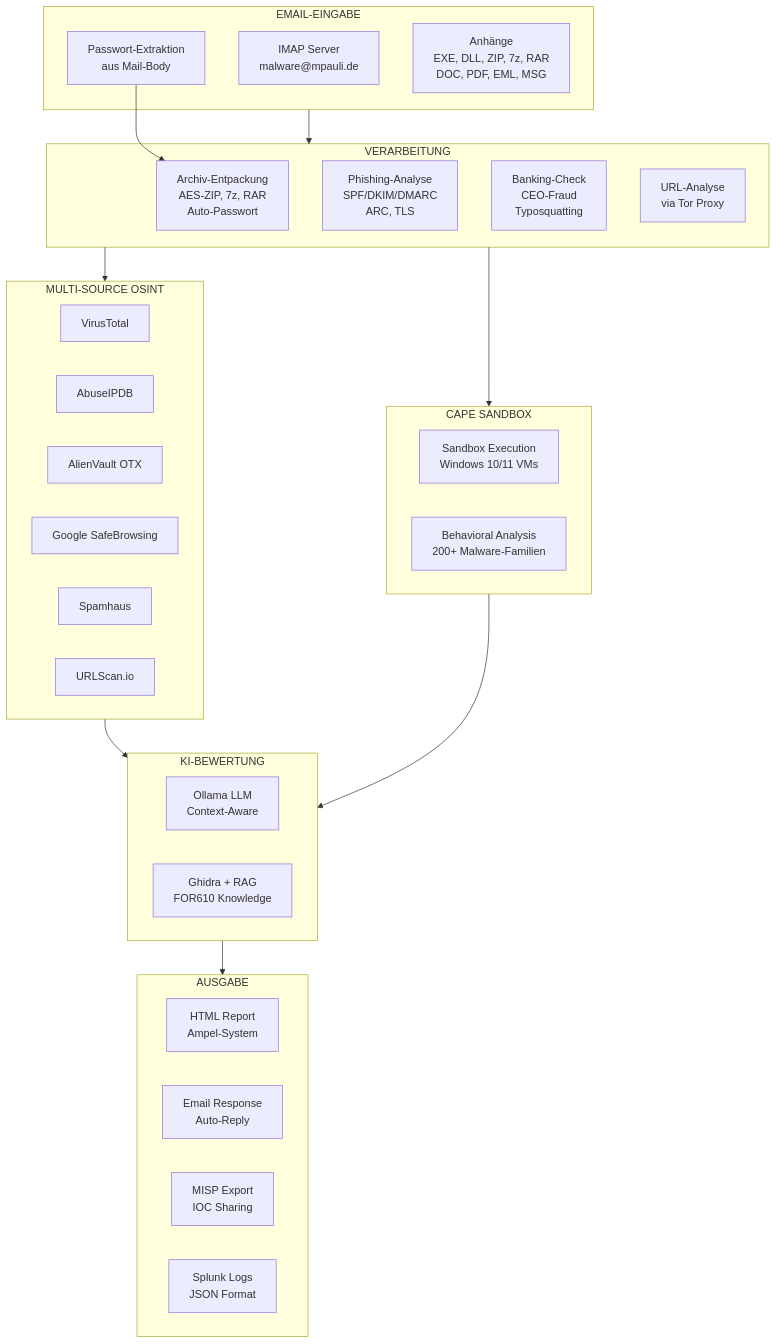
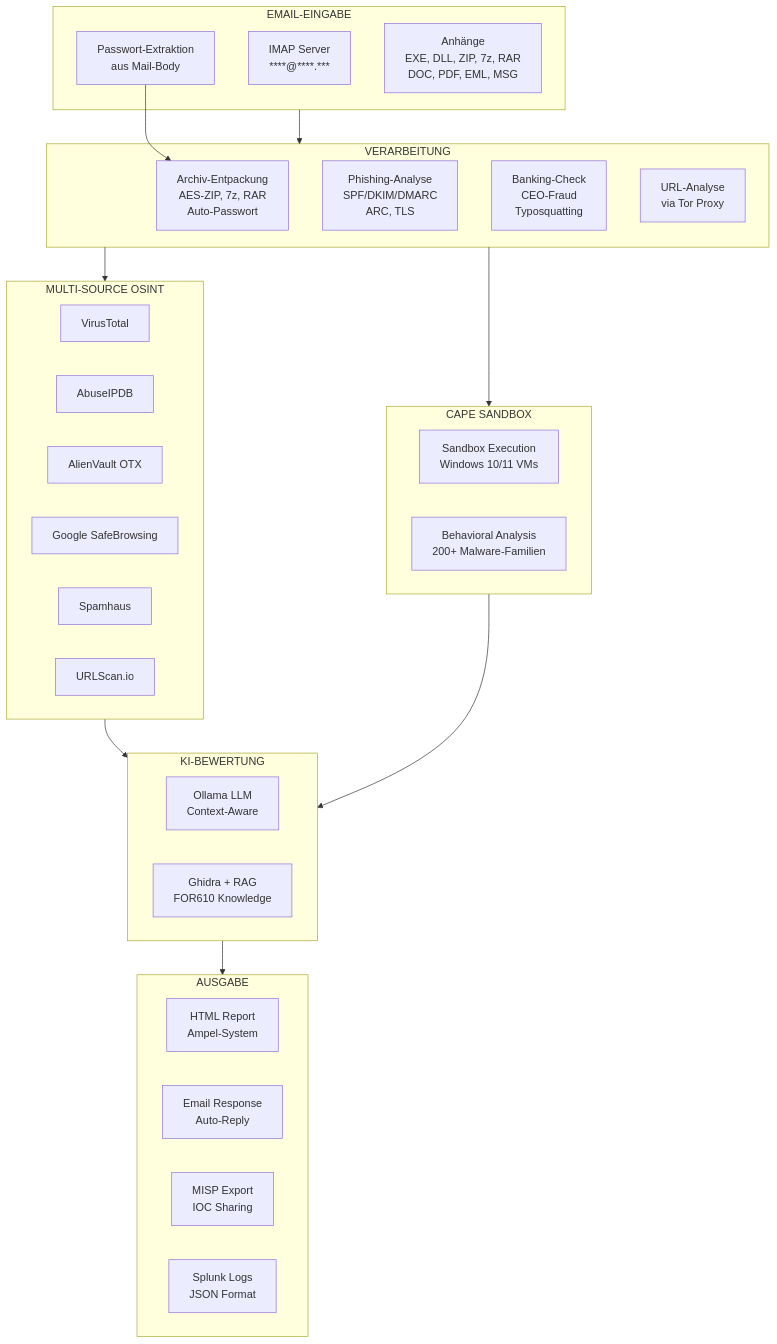
One commit to icepaule/icepaule.github.io changed the diagram in projects/iceporge-cape-mailer.md. Above: the diagram before and after it, drawn with Mermaid. The commit also changed other lines of this file and 49 other files, not shown here.

````diff
--- a/projects/iceporge-cape-mailer.md
+++ b/projects/iceporge-cape-mailer.md
@@ -91,49 +94,49 @@
 ```mermaid
 flowchart TB
     subgraph INPUT["EMAIL-EINGABE"]
-        IMAP[IMAP Server<br/>malware@mpauli.de]
+        IMAP[IMAP Server<br/>****@****.***]
         PWD[Passwort-Extraktion<br/>aus Mail-Body]
         ATTACH[Anhänge<br/>EXE, DLL, ZIP, 7z, RAR<br/>DOC, PDF, EML, MSG]
     end
 
     subgraph PROCESS["VERARBEITUNG"]
         UNZIP[Archiv-Entpackung<br/>AES-ZIP, 7z, RAR<br/>Auto-Passwort]
         PHISH[Phishing-Analyse<br/>SPF/DKIM/DMARC<br/>ARC, TLS]
         BANK[Banking-Check<br/>CEO-Fraud<br/>Typosquatting]
         URL[URL-Analyse<br/>via Tor Proxy]
     end
 
     subgraph OSINT["MULTI-SOURCE OSINT"]
         VT[VirusTotal]
         ABUSE[AbuseIPDB]
         OTX[AlienVault OTX]
         SAFE[Google SafeBrowsing]
         SPAM[Spamhaus]
         URLSCAN[URLScan.io]
     end
 
     subgraph SANDBOX["CAPE SANDBOX"]
         EXEC[Sandbox Execution<br/>Windows 10/11 VMs]
         BEHAV[Behavioral Analysis<br/>200+ Malware-Familien]
     end
 
     subgraph AI["KI-BEWERTUNG"]
         LLM[Ollama LLM<br/>Context-Aware]
         RAG[Ghidra + RAG<br/>FOR610 Knowledge]
     end
 
     subgraph OUTPUT["AUSGABE"]
         HTML[HTML Report<br/>Ampel-System]
         MAIL[Email Response<br/>Auto-Reply]
         MISP[MISP Export<br/>IOC Sharing]
         SPLUNK[Splunk Logs<br/>JSON Format]
     end
 
     INPUT --> PROCESS
     PWD --> UNZIP
     PROCESS --> OSINT
     PROCESS --> SANDBOX
     OSINT --> AI
     SANDBOX --> AI
     AI --> OUTPUT
 ```
````
